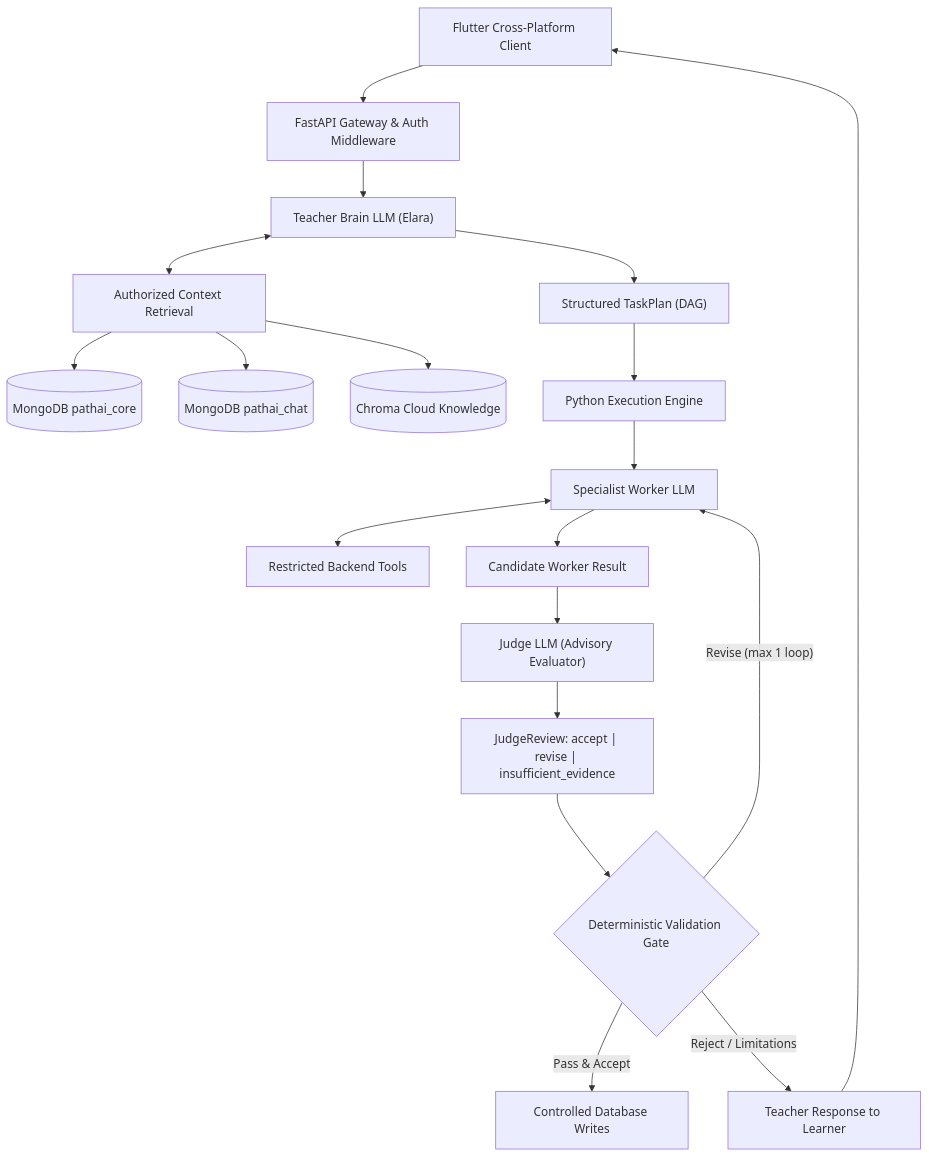
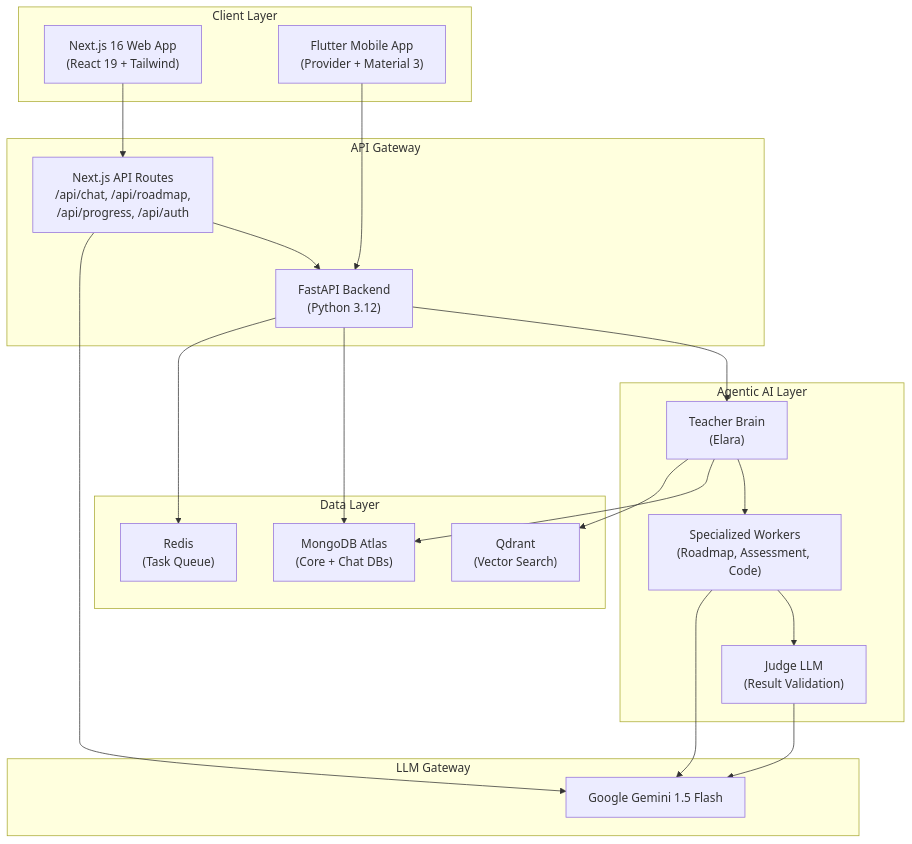
Before and after one commit to amritawasthi04/ShikshaAI: the diagram in README.md, drawn with Mermaid. The commit also changed other lines of this file and 62 other files, not shown here.

Commit message:
Add comprehensive hackathon submission README with architecture, features, and setup docs

````diff
--- a/README.md
+++ b/README.md
@@ -9,21 +48,42 @@
 ```mermaid
-flowchart TD
-    Client["Flutter Cross-Platform Client"] --> API["FastAPI Gateway & Auth Middleware"]
-    API --> Teacher["Teacher Brain LLM (Elara)"]
-    Teacher <--> Retrieval["Authorized Context Retrieval"]
-    Retrieval --> CoreDB[("MongoDB pathai_core")]
-    Retrieval --> ChatDB[("MongoDB pathai_chat")]
-    Retrieval --> VectorDB[("Chroma Cloud Knowledge")]
-    Teacher --> TaskPlan["Structured TaskPlan (DAG)"]
-    TaskPlan --> Executor["Python Execution Engine"]
-    Executor --> Worker["Specialist Worker LLM"]
-    Worker <--> Tools["Restricted Backend Tools"]
-    Worker --> Candidate["Candidate Worker Result"]
-    Candidate --> Judge["Judge LLM (Advisory Evaluator)"]
-    Judge --> Review["JudgeReview: accept | revise | insufficient_evidence"]
-    Review --> Gate{"Deterministic Validation Gate"}
-    Gate -->|"Pass & Accept"| Persistence["Controlled Database Writes"]
-    Gate -->|"Revise (max 1 loop)"| Worker
-    Gate -->|"Reject / Limitations"| Response["Teacher Response to Learner"]
-    Response --> Client
+flowchart TB
+    subgraph Client["Client Layer"]
+        Web["Next.js 16 Web App<br/>(React 19 + Tailwind)"]
+        Mobile["Flutter Mobile App<br/>(Provider + Material 3)"]
+    end
+
+    subgraph API["API Gateway"]
+        NextAPI["Next.js API Routes<br/>/api/chat, /api/roadmap,<br/>/api/progress, /api/auth"]
+        FastAPI["FastAPI Backend<br/>(Python 3.12)"]
+    end
+
+    subgraph AI["Agentic AI Layer"]
+        Teacher["Teacher Brain<br/>(Elara)"]
+        Workers["Specialized Workers<br/>(Roadmap, Assessment, Code)"]
+        Judge["Judge LLM<br/>(Result Validation)"]
+    end
+
+    subgraph Data["Data Layer"]
+        Mongo["MongoDB Atlas<br/>(Core + Chat DBs)"]
+        Qdrant["Qdrant<br/>(Vector Search)"]
+        Redis["Redis<br/>(Task Queue)"]
+    end
+
+    subgraph LLM["LLM Gateway"]
+        Gemini["Google Gemini 1.5 Flash"]
+    end
+
+    Web --> NextAPI
+    Mobile --> FastAPI
+    NextAPI --> FastAPI
+    NextAPI --> Gemini
+    FastAPI --> Teacher
+    Teacher --> Workers
+    Workers --> Judge
+    Teacher --> Mongo
+    Teacher --> Qdrant
+    FastAPI --> Mongo
+    FastAPI --> Redis
+    Workers --> Gemini
+    Judge --> Gemini
 ```
````
